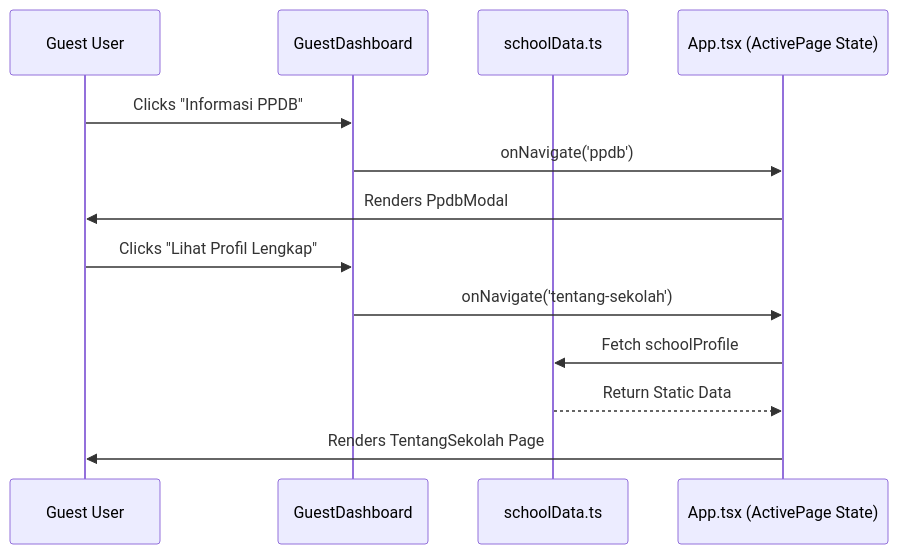
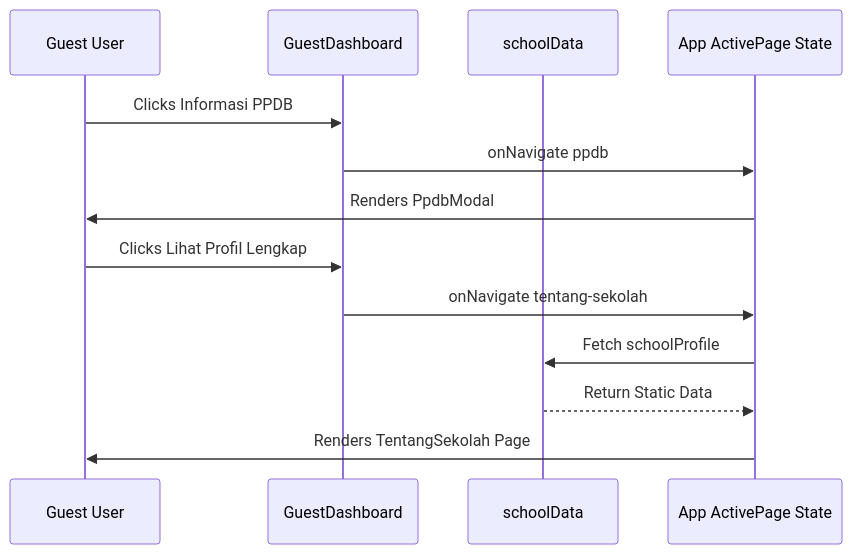
Diagram 18 of 24 in README.md (Delta-Polder-Indonesia/siakad-sekolah), drawn with Mermaid before and after one commit. The commit also changed other lines of this file and 13 other files, not shown here.

````diff
--- a/README.md
+++ b/README.md
@@ -811,17 +811,17 @@
 ```mermaid
 sequenceDiagram
     participant G as Guest User
     participant GD as GuestDashboard
-    participant SD as schoolData.ts
-    participant APP as App.tsx (ActivePage State)
+    participant SD as schoolData
+    participant APP as App ActivePage State
 
-    G->>GD: Clicks "Informasi PPDB"
-    GD->>APP: onNavigate('ppdb')
+    G->>GD: Clicks Informasi PPDB
+    GD->>APP: onNavigate ppdb
     APP->>G: Renders PpdbModal
 
-    G->>GD: Clicks "Lihat Profil Lengkap"
-    GD->>APP: onNavigate('tentang-sekolah')
+    G->>GD: Clicks Lihat Profil Lengkap
+    GD->>APP: onNavigate tentang-sekolah
     APP->>SD: Fetch schoolProfile
     SD-->>APP: Return Static Data
     APP->>G: Renders TentangSekolah Page
 ```
````
